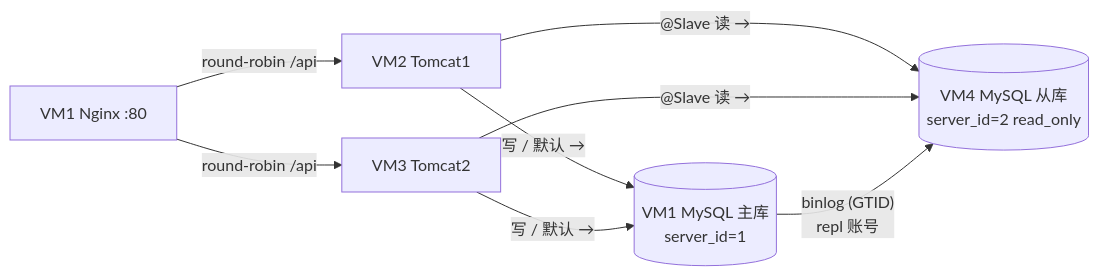
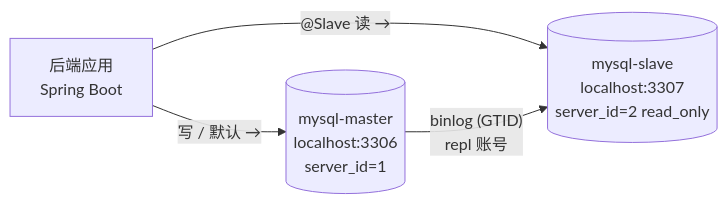
The diagram in docs/MySQL读写分离部署文档.md (kly386/Campus-Repair-Assistant), drawn with Mermaid before and after one commit. The commit also changed other lines of this file and 11 other files, not shown here.

````diff
--- a/docs/MySQL读写分离部署文档.md
+++ b/docs/MySQL读写分离部署文档.md
@@ -26,10 +20,6 @@
 ```mermaid
 flowchart LR
-    N["VM1 Nginx :80"] -->|"round-robin /api"| T1["VM2 Tomcat1"]
-    N -->|"round-robin /api"| T2["VM3 Tomcat2"]
-    T1 -->|"写 / 默认 →"| M[("VM1 MySQL 主库<br/>server_id=1")]
-    T2 -->|"写 / 默认 →"| M
-    T1 -->|"@Slave 读 →"| S[("VM4 MySQL 从库<br/>server_id=2 read_only")]
-    T2 -->|"@Slave 读 →"| S
+    A["后端应用<br/>Spring Boot"] -->|"写 / 默认 →"| M[("mysql-master<br/>localhost:3306<br/>server_id=1")]
+    A -->|"@Slave 读 →"| S[("mysql-slave<br/>localhost:3307<br/>server_id=2 read_only")]
     M -->|"binlog (GTID)<br/>repl 账号"| S
 ```
````
